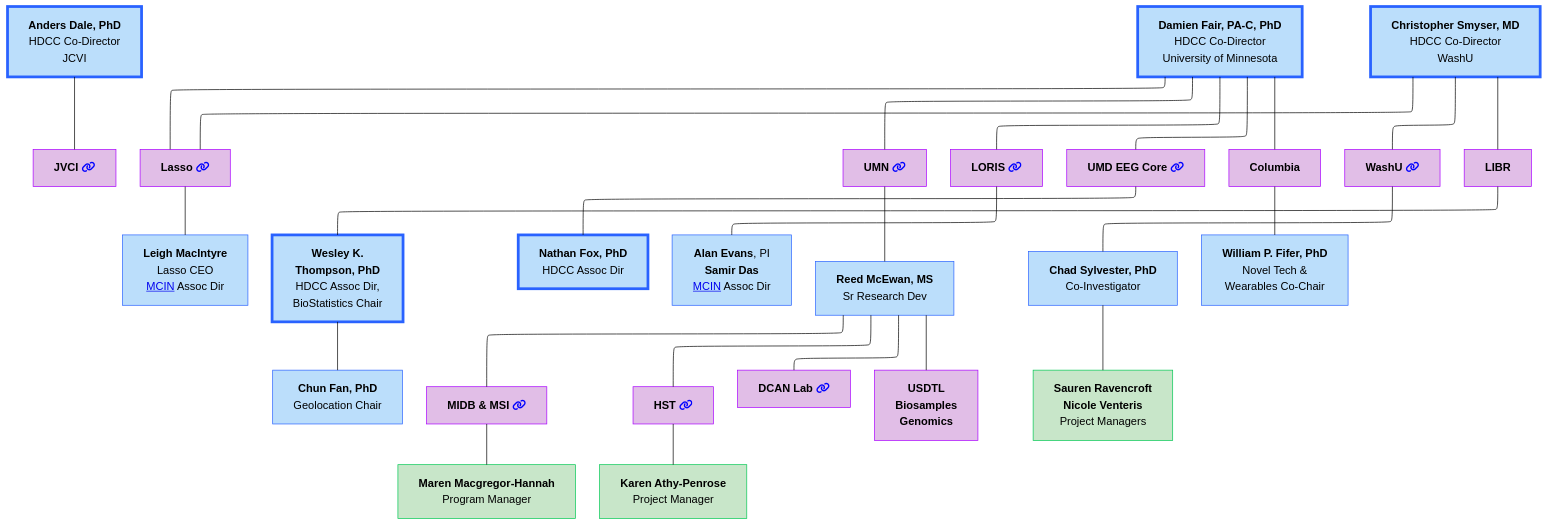
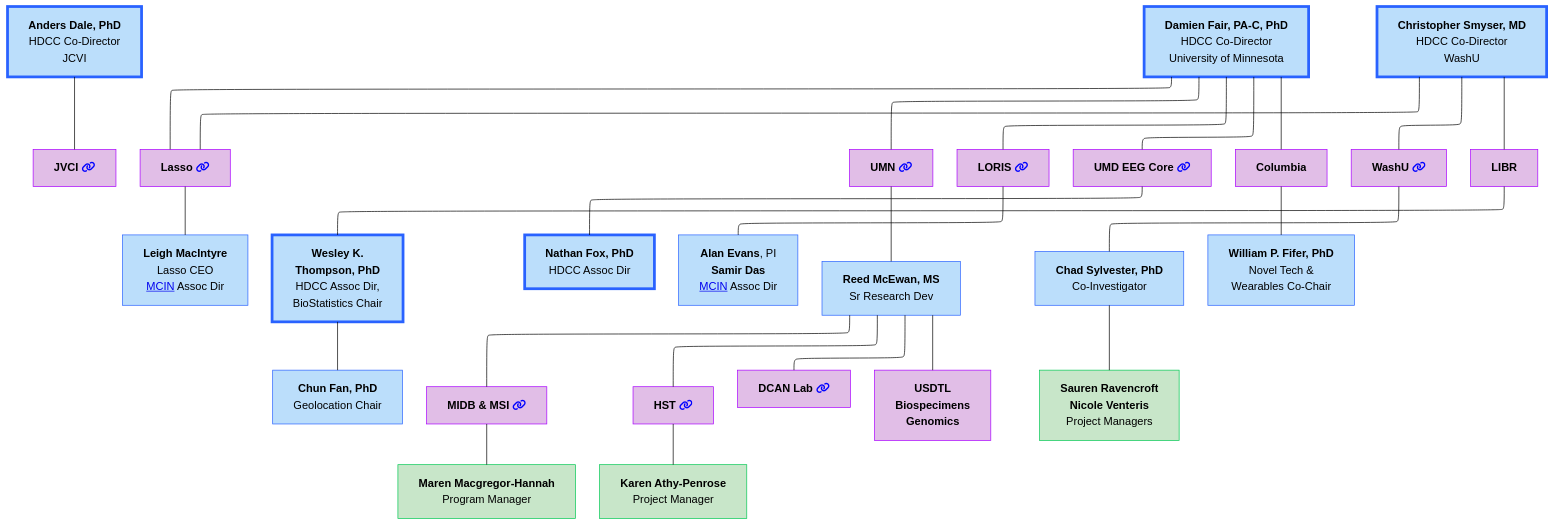
The first of 10 diagrams in docs/orgcharts.md (DCAN-Labs/hbcd-docs-internal), drawn with Mermaid (forest theme) before and after one commit. The commit also changed other lines of this file, not shown here.

Commit message:
change biosamples to biospec

````diff
--- a/docs/orgcharts.md
+++ b/docs/orgcharts.md
@@ -12,57 +12,57 @@
 ```mermaid
 ---
 config:
   layout: elk
 ---
 flowchart TB
     n2["<b>Anders Dale, PhD<br></b>HDCC Co-Director<br>JCVI"] --- jvci["<b>JVCI</b> <i class="fa-solid fa-link" style="color: blue;"></i>"]
     E["<b>Damien Fair, PA-C, PhD</b><br>HDCC Co-Director<br>University of Minnesota"] --- lasso["<b>Lasso</b> <i class="fa-solid fa-link" style="color: blue;"></i>"] & umn["<b>UMN</b> <i class="fa-solid fa-link" style="color: blue;"></i>"] & n7["<b>LORIS</b> <i class="fa-solid fa-link" style="color: blue;"></i>"] & n8["<b>UMD EEG Core</b> <i class="fa-solid fa-link" style="color: blue;"></i>"] & n11["<b>Columbia</b>"]
     lasso --- lasso1["<b>Leigh MacIntyre</b><br>Lasso CEO<br><a href="https://mcin.ca/about-mcin/" target="_blank">MCIN</a> Assoc Dir"]
     n1["<b>Christopher Smyser, MD<br></b>HDCC Co-Director<br>WashU"] --- n10["<b>WashU</b> <i class="fa-solid fa-link" style="color: blue;"></i>"] & n12["<b>LIBR</b>"] & lasso
     n16["<b>Wesley K.<br>Thompson, PhD</b><br>HDCC Assoc Dir,<br>BioStatistics Chair"] --- n17["<b>Chun Fan, PhD</b><br>Geolocation Chair"]
     n12 --- n16
     n8 --- n19["<b>Nathan Fox, PhD<br></b>HDCC Assoc Dir"]
     n7 --- n20["<b>Alan Evans</b>, PI<br><b>Samir Das</b><br><a href="https://mcin.ca/about-mcin/" target="_blank">MCIN</a> Assoc Dir"]
     umn --- reed["<b>Reed McEwan, MS</b><br>Sr Research Dev"]
     n10 --- n22["<b>Chad Sylvester, PhD</b><br>Co-Investigator"]
     n11 --- n18["<b>William P. Fifer, PhD</b><br>Novel Tech &<br>Wearables Co-Chair"]
-    reed --- n25["<b>MIDB &amp; MSI</b> <i class="fa-solid fa-link" style="color: blue;"></i>"] & n27["<b>HST</b> <i class="fa-solid fa-link" style="color: blue;"></i>"] & n28["<b>DCAN Lab</b> <i class="fa-solid fa-link" style="color: blue;"></i>"] & n29["<b>USDTL<br>Biosamples<br>Genomics</b>"]
+    reed --- n25["<b>MIDB &amp; MSI</b> <i class="fa-solid fa-link" style="color: blue;"></i>"] & n27["<b>HST</b> <i class="fa-solid fa-link" style="color: blue;"></i>"] & n28["<b>DCAN Lab</b> <i class="fa-solid fa-link" style="color: blue;"></i>"] & n29["<b>USDTL<br>Biospecimens<br>Genomics</b>"]
     n25 --- n30["<b>Maren Macgregor-Hannah</b><br>Program Manager"]
     n27 --- n31["<b>Karen Athy-Penrose</b><br>Project Manager"]
     n22 --- n32["<b>Sauren Ravencroft<br>Nicole Venteris</b><br>Project Managers"]
     style n2 fill:#BBDEFB,stroke:#2962FF,stroke-width:4px
     style jvci fill:#E1BEE7,stroke:#AA00FF
     style E fill:#BBDEFB,stroke:#2962FF,stroke-width:4px
     style lasso fill:#E1BEE7,stroke:#AA00FF
     style umn fill:#E1BEE7,stroke:#AA00FF
     style n7 fill:#E1BEE7,stroke:#AA00FF
     style n8 fill:#E1BEE7,stroke:#AA00FF
     style n11 fill:#E1BEE7,stroke:#AA00FF
     style lasso1 fill:#BBDEFB,stroke:#2962FF
     style n1 fill:#BBDEFB,stroke:#2962FF,stroke-width:4px
     style n10 fill:#E1BEE7,stroke:#AA00FF
     style n12 fill:#E1BEE7,stroke:#AA00FF
     style n16 fill:#BBDEFB,stroke:#2962FF,stroke-width:4px
     style n17 fill:#BBDEFB,stroke:#2962FF
     style n19 fill:#BBDEFB,stroke:#2962FF,stroke-width:4px
     style n20 fill:#BBDEFB,stroke:#2962FF
     style reed fill:#BBDEFB,stroke:#2962FF
     style n22 fill:#BBDEFB,stroke:#2962FF
     style n18 fill:#BBDEFB,stroke:#2962FF
     style n25 fill:#E1BEE7,stroke:#AA00FF
     style n27 fill:#E1BEE7,stroke:#AA00FF
     style n28 fill:#E1BEE7,stroke:#AA00FF
     style n29 fill:#E1BEE7,stroke:#AA00FF
     style n30 fill:#C8E6C9,stroke:#00C853
     style n31 fill:#C8E6C9,stroke:#00C853
     style n32 fill:#C8E6C9,stroke:#00C853
     click jvci "#j-craig-venter-institute"
     click lasso "#lasso"
     click umn "#university-of-minnesota"
     click n7 "#loris"
     click n8 "#university-of-maryland-eeg-core"
     click n10 "#washu"
     click n25 "#midb-informatics-hub-msi"
     click n27 "#health-sciences-technology"
     click n28 "#dcan-lab"
 ```
````
